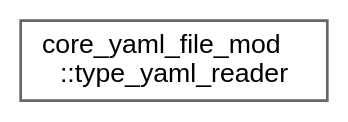
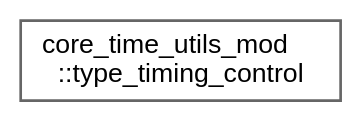
Before and after one commit to mayhl/FUNWAVE-TVD: the diagram in release/v4.0-beta/inherit_graph_26.dot, drawn with Graphviz. The commit also changed 177 other files, not shown here.

```diff
--- a/release/v4.0-beta/inherit_graph_26.dot
+++ b/release/v4.0-beta/inherit_graph_26.dot
@@ -1,9 +1,9 @@
 digraph "Graphical Class Hierarchy"
 {
  // LATEX_PDF_SIZE
   bgcolor="transparent";
   edge [fontname=Helvetica,fontsize=10,labelfontname=Helvetica,labelfontsize=10];
   node [fontname=Helvetica,fontsize=10,shape=box,height=0.2,width=0.4];
   rankdir="LR";
-  Node0 [id="Node000000",label="core_yaml_file_mod\l::type_yaml_reader",height=0.2,width=0.4,color="grey40", fillcolor="white", style="filled",URL="$structcore__yaml__file__mod_1_1type__yaml__reader.html",tooltip=" "];
+  Node0 [id="Node000000",label="core_time_utils_mod\l::type_timing_control",height=0.2,width=0.4,color="grey40", fillcolor="white", style="filled",URL="$structcore__time__utils__mod_1_1type__timing__control.html",tooltip=" "];
 }
```
